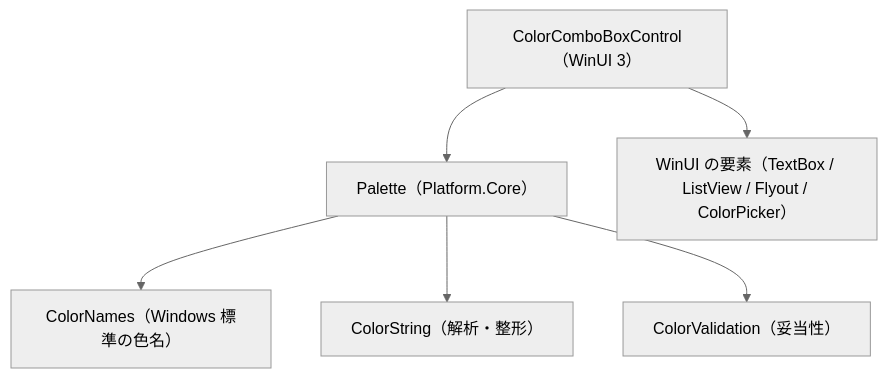
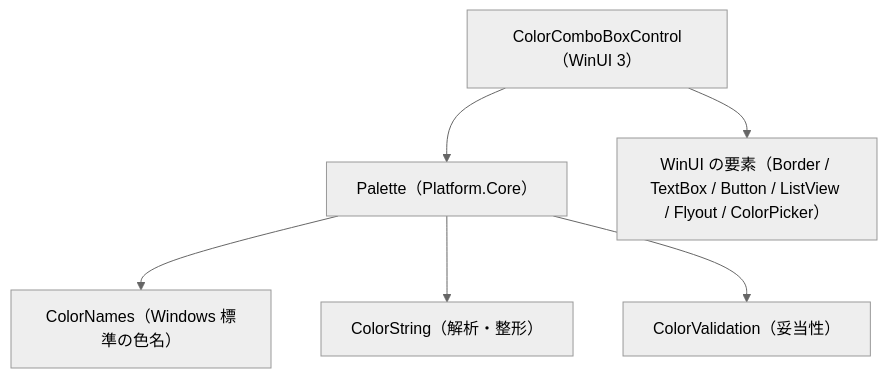
The diagram in EsUtil.Ui.WinUI3/ColorComboBox/docs/SPEC_System.md (tomokuni/EsUtil), drawn with Mermaid (neutral theme) before and after one commit. The commit also changed other lines of this file and 6 other files, not shown here.

````diff
--- a/EsUtil.Ui.WinUI3/ColorComboBox/docs/SPEC_System.md
+++ b/EsUtil.Ui.WinUI3/ColorComboBox/docs/SPEC_System.md
@@ -30,8 +30,8 @@
 ```mermaid
 graph TD
   UI["ColorComboBoxControl（WinUI 3）"] --> Core["Palette（Platform.Core）"]
-  UI --> Win["WinUI の要素（TextBox / ListView / Flyout / ColorPicker）"]
+  UI --> Win["WinUI の要素（Border / TextBox / Button / ListView / Flyout / ColorPicker）"]
   Core --> Names["ColorNames（Windows 標準の色名）"]
   Core --> Str["ColorString（解析・整形）"]
   Core --> Val["ColorValidation（妥当性）"]
 ```
````
